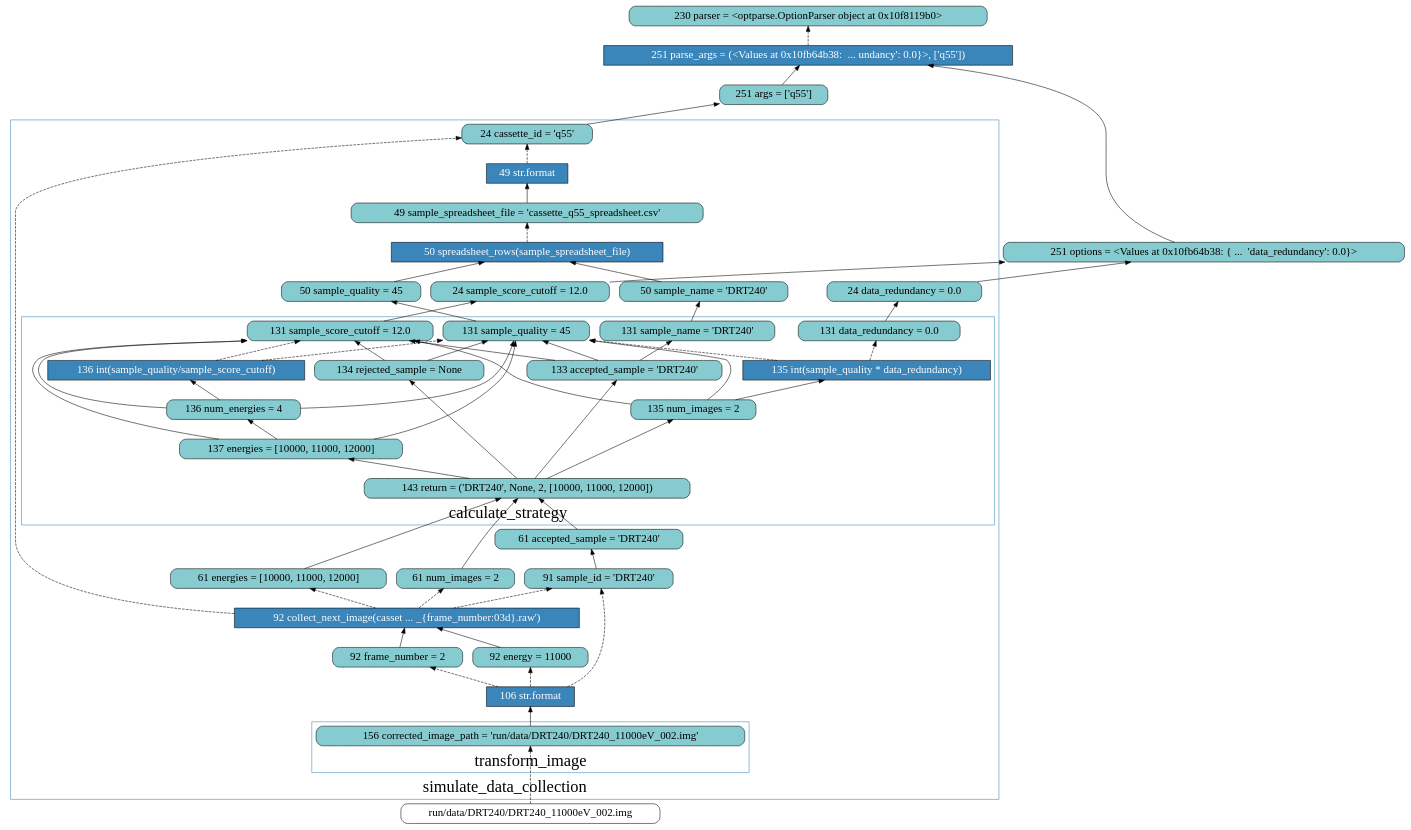
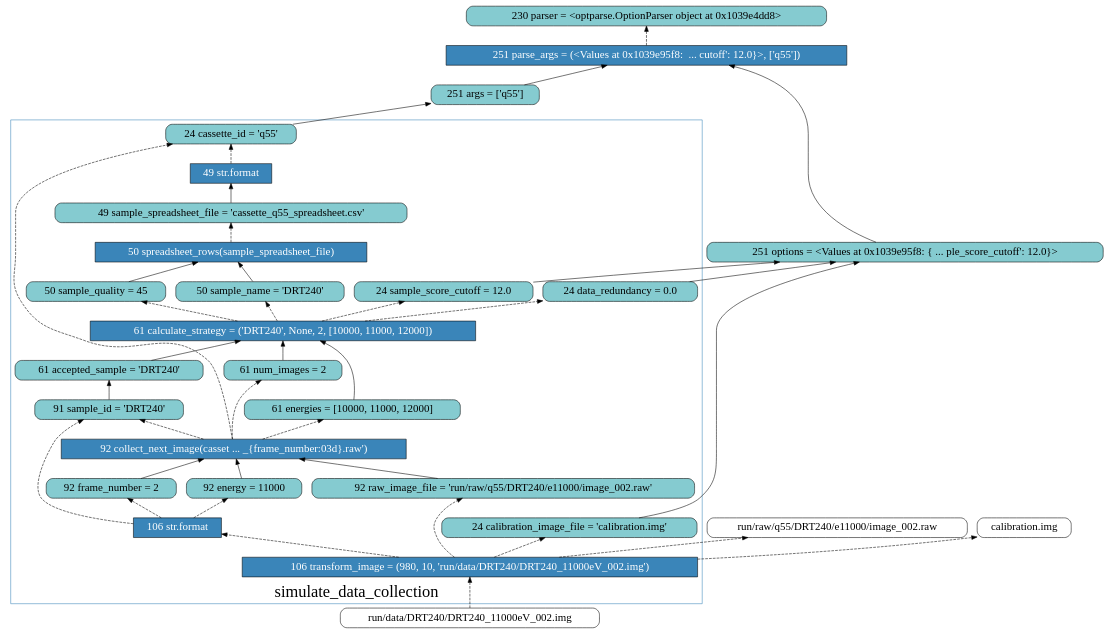
One commit to yesworkflow-org/yw-noworkflow changed the diagram in examples/simulate_data_collection/graph/nw_filtered_lineage_graph.gv. Above: the diagram before and after it, drawn with Graphviz. The commit also changed 585 other files, not shown here.

```diff
--- a/examples/simulate_data_collection/graph/nw_filtered_lineage_graph.gv
+++ b/examples/simulate_data_collection/graph/nw_filtered_lineage_graph.gv
@@ -5,26 +5,16 @@
         color="#3A85B9";
         fontsize=30;
         label = "module.__build_class__";
-        subgraph cluster_4  {
-            color="#3A85B9";
-            fontsize=30;
-            label = "run_logger";
-        }
     }
     subgraph cluster_5  {
         color="#3A85B9";
         fontsize=30;
         label = "module.__build_class__";
-        subgraph cluster_6  {
-            color="#3A85B9";
-            fontsize=30;
-            label = "new_image_file";
-        }
     }
-    v_1_56 [label="230 parser = <optparse.OptionParser object at 0x10f8119b0>" fillcolor="#85CBD0" fontcolor="black" shape="box" style="rounded,filled"];
-    v_1_72 [label="251 parse_args = (<Values at 0x10fb64b38:  ... undancy': 0.0}>, ['q55'])" fillcolor="#3A85B9" fontcolor="white" shape="box" style="filled"];
-    v_1_73 [label="251 args = ['q55']" fillcolor="#85CBD0" fontcolor="black" shape="box" style="rounded,filled"];
-    v_1_74 [label="251 options = <Values at 0x10fb64b38: { ...  'data_redundancy': 0.0}>" fillcolor="#85CBD0" fontcolor="black" shape="box" style="rounded,filled"];
+    v_1_56 [label="230 parser = <optparse.OptionParser object at 0x1039e4dd8>" fillcolor="#85CBD0" fontcolor="black" shape="box" style="rounded,filled"];
+    v_1_72 [label="251 parse_args = (<Values at 0x1039e95f8:  ... cutoff': 12.0}>, ['q55'])" fillcolor="#3A85B9" fontcolor="white" shape="box" style="filled"];
+    v_1_73 [label="251 options = <Values at 0x1039e95f8: { ... ple_score_cutoff': 12.0}>" fillcolor="#85CBD0" fontcolor="black" shape="box" style="rounded,filled"];
+    v_1_74 [label="251 args = ['q55']" fillcolor="#85CBD0" fontcolor="black" shape="box" style="rounded,filled"];
     subgraph cluster_14  {
         color="#3A85B9";
         fontsize=30;
@@ -32,323 +22,65 @@
         v_14_80 [label="24 cassette_id = 'q55'" fillcolor="#85CBD0" fontcolor="black" shape="box" style="rounded,filled"];
         v_14_81 [label="24 sample_score_cutoff = 12.0" fillcolor="#85CBD0" fontcolor="black" shape="box" style="rounded,filled"];
         v_14_82 [label="24 data_redundancy = 0.0" fillcolor="#85CBD0" fontcolor="black" shape="box" style="rounded,filled"];
+        v_14_83 [label="24 calibration_image_file = 'calibration.img'" fillcolor="#85CBD0" fontcolor="black" shape="box" style="rounded,filled"];
         v_14_80 [label="24 cassette_id = 'q55'" fillcolor="#85CBD0" fontcolor="black" shape="box" style="rounded,filled"];
         v_14_81 [label="24 sample_score_cutoff = 12.0" fillcolor="#85CBD0" fontcolor="black" shape="box" style="rounded,filled"];
         v_14_82 [label="24 data_redundancy = 0.0" fillcolor="#85CBD0" fontcolor="black" shape="box" style="rounded,filled"];
-        subgraph cluster_22  {
-            color="#3A85B9";
-            fontsize=30;
-            label = "__init__";
-        }
-        subgraph cluster_25  {
-            color="#3A85B9";
-            fontsize=30;
-            label = "write";
-        }
-        subgraph cluster_32  {
-            color="#3A85B9";
-            fontsize=30;
-            label = "write";
-        }
+        v_14_83 [label="24 calibration_image_file = 'calibration.img'" fillcolor="#85CBD0" fontcolor="black" shape="box" style="rounded,filled"];
         v_14_197 [label="49 str.format" fillcolor="#3A85B9" fontcolor="white" shape="box" style="filled"];
         v_14_198 [label="49 sample_spreadsheet_file = 'cassette_q55_spreadsheet.csv'" fillcolor="#85CBD0" fontcolor="black" shape="box" style="rounded,filled"];
         v_14_219 [label="50 spreadsheet_rows(sample_spreadsheet_file)" fillcolor="#3A85B9" fontcolor="white" shape="box" style="filled"];
-        subgraph cluster_46  {
-            color="#3A85B9";
-            fontsize=30;
-            label = "write";
-        }
-        subgraph cluster_53  {
-            color="#3A85B9";
-            fontsize=30;
-            label = "calculate_strategy";
-        }
-        subgraph cluster_55  {
-            color="#3A85B9";
-            fontsize=30;
-            label = "write";
-        }
-        subgraph cluster_68  {
-            color="#3A85B9";
-            fontsize=30;
-            label = "write";
-        }
         v_14_361 [label="50 sample_name = 'DRT240'" fillcolor="#85CBD0" fontcolor="black" shape="box" style="rounded,filled"];
         v_14_362 [label="50 sample_quality = 45" fillcolor="#85CBD0" fontcolor="black" shape="box" style="rounded,filled"];
-        subgraph cluster_75  {
-            color="#3A85B9";
-            fontsize=30;
-            label = "calculate_strategy";
-            v_75_377 [label="143 return = ('DRT240', None, 2, [10000, 11000, 12000])" fillcolor="#85CBD0" fontcolor="black" shape="box" style="rounded,filled"];
-            v_75_363 [label="131 sample_name = 'DRT240'" fillcolor="#85CBD0" fontcolor="black" shape="box" style="rounded,filled"];
-            v_75_364 [label="131 sample_quality = 45" fillcolor="#85CBD0" fontcolor="black" shape="box" style="rounded,filled"];
-            v_75_365 [label="131 sample_score_cutoff = 12.0" fillcolor="#85CBD0" fontcolor="black" shape="box" style="rounded,filled"];
-            v_75_366 [label="131 data_redundancy = 0.0" fillcolor="#85CBD0" fontcolor="black" shape="box" style="rounded,filled"];
-            v_75_363 [label="131 sample_name = 'DRT240'" fillcolor="#85CBD0" fontcolor="black" shape="box" style="rounded,filled"];
-            v_75_364 [label="131 sample_quality = 45" fillcolor="#85CBD0" fontcolor="black" shape="box" style="rounded,filled"];
-            v_75_365 [label="131 sample_score_cutoff = 12.0" fillcolor="#85CBD0" fontcolor="black" shape="box" style="rounded,filled"];
-            v_75_366 [label="131 data_redundancy = 0.0" fillcolor="#85CBD0" fontcolor="black" shape="box" style="rounded,filled"];
-            v_75_368 [label="133 accepted_sample = 'DRT240'" fillcolor="#85CBD0" fontcolor="black" shape="box" style="rounded,filled"];
-            v_75_369 [label="134 rejected_sample = None" fillcolor="#85CBD0" fontcolor="black" shape="box" style="rounded,filled"];
-            v_75_370 [label="135 int(sample_quality * data_redundancy)" fillcolor="#3A85B9" fontcolor="white" shape="box" style="filled"];
-            v_75_372 [label="135 num_images = 2" fillcolor="#85CBD0" fontcolor="black" shape="box" style="rounded,filled"];
-            v_75_373 [label="136 num_energies = 4" fillcolor="#85CBD0" fontcolor="black" shape="box" style="rounded,filled"];
-            v_75_374 [label="136 int(sample_quality/sample_score_cutoff)" fillcolor="#3A85B9" fontcolor="white" shape="box" style="filled"];
-            v_75_376 [label="137 energies = [10000, 11000, 12000]" fillcolor="#85CBD0" fontcolor="black" shape="box" style="rounded,filled"];
-            v_75_377 [label="143 return = ('DRT240', None, 2, [10000, 11000, 12000])" fillcolor="#85CBD0" fontcolor="black" shape="box" style="rounded,filled"];
-        }
-        v_14_380 [label="61 accepted_sample = 'DRT240'" fillcolor="#85CBD0" fontcolor="black" shape="box" style="rounded,filled"];
-        v_14_381 [label="61 energies = [10000, 11000, 12000]" fillcolor="#85CBD0" fontcolor="black" shape="box" style="rounded,filled"];
-        v_14_382 [label="61 num_images = 2" fillcolor="#85CBD0" fontcolor="black" shape="box" style="rounded,filled"];
-        subgraph cluster_77  {
-            color="#3A85B9";
-            fontsize=30;
-            label = "write";
-        }
+        v_14_378 [label="61 calculate_strategy = ('DRT240', None, 2, [10000, 11000, 12000])" fillcolor="#3A85B9" fontcolor="white" shape="box" style="filled"];
+        v_14_379 [label="61 num_images = 2" fillcolor="#85CBD0" fontcolor="black" shape="box" style="rounded,filled"];
+        v_14_381 [label="61 accepted_sample = 'DRT240'" fillcolor="#85CBD0" fontcolor="black" shape="box" style="rounded,filled"];
+        v_14_382 [label="61 energies = [10000, 11000, 12000]" fillcolor="#85CBD0" fontcolor="black" shape="box" style="rounded,filled"];
         v_14_417 [label="91 sample_id = 'DRT240'" fillcolor="#85CBD0" fontcolor="black" shape="box" style="rounded,filled"];
         v_14_453 [label="92 collect_next_image(casset ... _{frame_number:03d}.raw')" fillcolor="#3A85B9" fontcolor="white" shape="box" style="filled"];
-        subgraph cluster_94  {
-            color="#3A85B9";
-            fontsize=30;
-            label = "write";
-        }
-        subgraph cluster_102  {
-            color="#3A85B9";
-            fontsize=30;
-            label = "transform_image";
-        }
-        subgraph cluster_131  {
-            color="#3A85B9";
-            fontsize=30;
-            label = "write";
-        }
-        subgraph cluster_151  {
-            color="#3A85B9";
-            fontsize=30;
-            label = "write";
-        }
-        subgraph cluster_159  {
-            color="#3A85B9";
-            fontsize=30;
-            label = "transform_image";
-        }
-        subgraph cluster_188  {
-            color="#3A85B9";
-            fontsize=30;
-            label = "write";
-        }
-        subgraph cluster_208  {
-            color="#3A85B9";
-            fontsize=30;
-            label = "write";
-        }
-        subgraph cluster_216  {
-            color="#3A85B9";
-            fontsize=30;
-            label = "transform_image";
-        }
-        subgraph cluster_245  {
-            color="#3A85B9";
-            fontsize=30;
-            label = "write";
-        }
-        subgraph cluster_265  {
-            color="#3A85B9";
-            fontsize=30;
-            label = "write";
-        }
         v_14_1511 [label="92 energy = 11000" fillcolor="#85CBD0" fontcolor="black" shape="box" style="rounded,filled"];
         v_14_1512 [label="92 frame_number = 2" fillcolor="#85CBD0" fontcolor="black" shape="box" style="rounded,filled"];
+        v_14_1514 [label="92 raw_image_file = 'run/raw/q55/DRT240/e11000/image_002.raw'" fillcolor="#85CBD0" fontcolor="black" shape="box" style="rounded,filled"];
         v_14_1517 [label="106 str.format" fillcolor="#3A85B9" fontcolor="white" shape="box" style="filled"];
-        subgraph cluster_273  {
-            color="#3A85B9";
-            fontsize=30;
-            label = "transform_image";
-            v_273_1519 [label="156 corrected_image_path = 'run/data/DRT240/DRT240_11000eV_002.img'" fillcolor="#85CBD0" fontcolor="black" shape="box" style="rounded,filled"];
-            v_273_1519 [label="156 corrected_image_path = 'run/data/DRT240/DRT240_11000eV_002.img'" fillcolor="#85CBD0" fontcolor="black" shape="box" style="rounded,filled"];
-        }
-        subgraph cluster_302  {
-            color="#3A85B9";
-            fontsize=30;
-            label = "write";
-        }
-        subgraph cluster_322  {
-            color="#3A85B9";
-            fontsize=30;
-            label = "write";
-        }
-        subgraph cluster_330  {
-            color="#3A85B9";
-            fontsize=30;
-            label = "transform_image";
-        }
-        subgraph cluster_359  {
-            color="#3A85B9";
-            fontsize=30;
-            label = "write";
-        }
-        subgraph cluster_379  {
-            color="#3A85B9";
-            fontsize=30;
-            label = "write";
-        }
-        subgraph cluster_387  {
-            color="#3A85B9";
-            fontsize=30;
-            label = "transform_image";
-        }
-        subgraph cluster_416  {
-            color="#3A85B9";
-            fontsize=30;
-            label = "write";
-        }
-        subgraph cluster_426  {
-            color="#3A85B9";
-            fontsize=30;
-            label = "collect_next_image";
-        }
-        subgraph cluster_430  {
-            color="#3A85B9";
-            fontsize=30;
-            label = "write";
-        }
-        subgraph cluster_437  {
-            color="#3A85B9";
-            fontsize=30;
-            label = "calculate_strategy";
-        }
-        subgraph cluster_439  {
-            color="#3A85B9";
-            fontsize=30;
-            label = "write";
-        }
-        subgraph cluster_456  {
-            color="#3A85B9";
-            fontsize=30;
-            label = "write";
-        }
-        subgraph cluster_464  {
-            color="#3A85B9";
-            fontsize=30;
-            label = "transform_image";
-        }
-        subgraph cluster_493  {
-            color="#3A85B9";
-            fontsize=30;
-            label = "write";
-        }
-        subgraph cluster_513  {
-            color="#3A85B9";
-            fontsize=30;
-            label = "write";
-        }
-        subgraph cluster_521  {
-            color="#3A85B9";
-            fontsize=30;
-            label = "transform_image";
-        }
-        subgraph cluster_550  {
-            color="#3A85B9";
-            fontsize=30;
-            label = "write";
-        }
-        subgraph cluster_570  {
-            color="#3A85B9";
-            fontsize=30;
-            label = "write";
-        }
-        subgraph cluster_578  {
-            color="#3A85B9";
-            fontsize=30;
-            label = "transform_image";
-        }
-        subgraph cluster_607  {
-            color="#3A85B9";
-            fontsize=30;
-            label = "write";
-        }
-        subgraph cluster_627  {
-            color="#3A85B9";
-            fontsize=30;
-            label = "write";
-        }
-        subgraph cluster_635  {
-            color="#3A85B9";
-            fontsize=30;
-            label = "transform_image";
-        }
-        subgraph cluster_664  {
-            color="#3A85B9";
-            fontsize=30;
-            label = "write";
-        }
-        subgraph cluster_674  {
-            color="#3A85B9";
-            fontsize=30;
-            label = "collect_next_image";
-        }
-        subgraph cluster_675  {
-            color="#3A85B9";
-            fontsize=30;
-            label = "spreadsheet_rows";
-        }
-        subgraph cluster_677  {
-            color="#3A85B9";
-            fontsize=30;
-            label = "__exit__";
-        }
+        v_14_1729 [label="106 transform_image = (980, 10, 'run/data/DRT240/DRT240_11000eV_002.img')" fillcolor="#3A85B9" fontcolor="white" shape="box" style="filled"];
     }
+    a_7 [label="calibration.img" fillcolor="white" fontcolor="black" shape="box" style="rounded,filled"];
+    a_21 [label="run/raw/q55/DRT240/e11000/image_002.raw" fillcolor="white" fontcolor="black" shape="box" style="rounded,filled"];
     a_23 [label="run/data/DRT240/DRT240_11000eV_002.img" fillcolor="white" fontcolor="black" shape="box" style="rounded,filled"];
-    v_75_374 -> v_75_365 [style="dashed"];
-    v_75_369 -> v_75_365 [style=""];
-    v_75_372 -> v_75_364 [style=""];
+    v_14_362 -> v_14_219 [style=""];
+    v_14_1512 -> v_14_453 [style=""];
+    v_14_382 -> v_14_378 [style=""];
+    v_14_1729 -> v_14_1517 [style="dashed"];
+    v_14_361 -> v_14_219 [style=""];
+    v_14_1729 -> v_14_83 [style="dashed"];
+    v_14_379 -> v_14_378 [style=""];
+    v_14_1729 -> v_14_1514 [style="dashed"];
+    v_14_198 -> v_14_197 [style=""];
+    v_14_453 -> v_14_382 [style="dashed"];
+    v_14_82 -> v_1_73 [style=""];
+    v_1_72 -> v_1_56 [style="dashed"];
+    v_14_417 -> v_14_381 [style=""];
+    v_14_453 -> v_14_417 [style="dashed"];
+    v_14_1517 -> v_14_1511 [style="dashed"];
+    v_14_1729 -> a_7 [style="dashed"];
+    v_14_1517 -> v_14_1512 [style="dashed"];
+    a_23 -> v_14_1729 [style="dashed"];
+    v_14_219 -> v_14_198 [style="dashed"];
+    v_14_83 -> v_1_73 [style=""];
+    v_14_378 -> v_14_81 [style="dashed"];
+    v_14_81 -> v_1_73 [style=""];
+    v_14_80 -> v_1_74 [style=""];
     v_14_1517 -> v_14_417 [style="dashed"];
-    v_14_198 -> v_14_197 [style=""];
-    v_14_1517 -> v_14_1511 [style="dashed"];
-    v_75_376 -> v_75_364 [style=""];
-    v_75_364 -> v_14_362 [style=""];
-    v_14_80 -> v_1_73 [style=""];
-    v_75_376 -> v_75_373 [style=""];
-    v_75_377 -> v_75_368 [style=""];
-    a_23 -> v_273_1519 [style="dashed"];
-    v_75_370 -> v_75_366 [style="dashed"];
-    v_75_373 -> v_75_374 [style=""];
-    v_273_1519 -> v_14_1517 [style=""];
-    v_14_382 -> v_75_377 [style=""];
-    v_75_368 -> v_75_364 [style=""];
-    v_75_372 -> v_75_370 [style=""];
-    v_75_370 -> v_75_364 [style="dashed"];
-    v_14_219 -> v_14_198 [style="dashed"];
-    v_75_374 -> v_75_364 [style="dashed"];
-    v_14_381 -> v_75_377 [style=""];
+    v_14_378 -> v_14_82 [style="dashed"];
+    v_14_453 -> v_14_379 [style="dashed"];
+    v_14_378 -> v_14_362 [style="dashed"];
+    v_14_453 -> v_14_80 [style="dashed"];
+    v_14_378 -> v_14_361 [style="dashed"];
     v_14_197 -> v_14_80 [style="dashed"];
-    v_75_377 -> v_75_369 [style=""];
-    v_75_377 -> v_75_376 [style=""];
-    v_75_363 -> v_14_361 [style=""];
-    v_75_373 -> v_75_364 [style=""];
-    v_75_368 -> v_75_365 [style=""];
-    v_14_453 -> v_14_417 [style="dashed"];
-    v_1_72 -> v_1_56 [style="dashed"];
+    v_1_74 -> v_1_72 [style=""];
+    v_14_1729 -> a_21 [style="dashed"];
+    v_14_1511 -> v_14_453 [style=""];
     v_1_73 -> v_1_72 [style=""];
-    v_14_82 -> v_1_74 [style=""];
-    v_1_74 -> v_1_72 [style=""];
-    v_14_417 -> v_14_380 [style=""];
-    v_75_365 -> v_14_81 [style=""];
-    v_75_373 -> v_75_365 [style=""];
-    v_14_81 -> v_1_74 [style=""];
-    v_14_453 -> v_14_382 [style="dashed"];
-    v_14_1512 -> v_14_453 [style=""];
-    v_14_361 -> v_14_219 [style=""];
-    v_75_377 -> v_75_372 [style=""];
-    v_75_372 -> v_75_365 [style=""];
-    v_75_366 -> v_14_82 [style=""];
-    v_14_1517 -> v_14_1512 [style="dashed"];
-    v_75_368 -> v_75_363 [style=""];
-    v_14_362 -> v_14_219 [style=""];
-    v_14_453 -> v_14_381 [style="dashed"];
-    v_14_1511 -> v_14_453 [style=""];
-    v_75_369 -> v_75_364 [style=""];
-    v_14_453 -> v_14_80 [style="dashed"];
-    v_14_380 -> v_75_377 [style=""];
-    v_75_376 -> v_75_365 [style=""];
+    v_14_381 -> v_14_378 [style=""];
+    v_14_1514 -> v_14_453 [style=""];
 }
```
